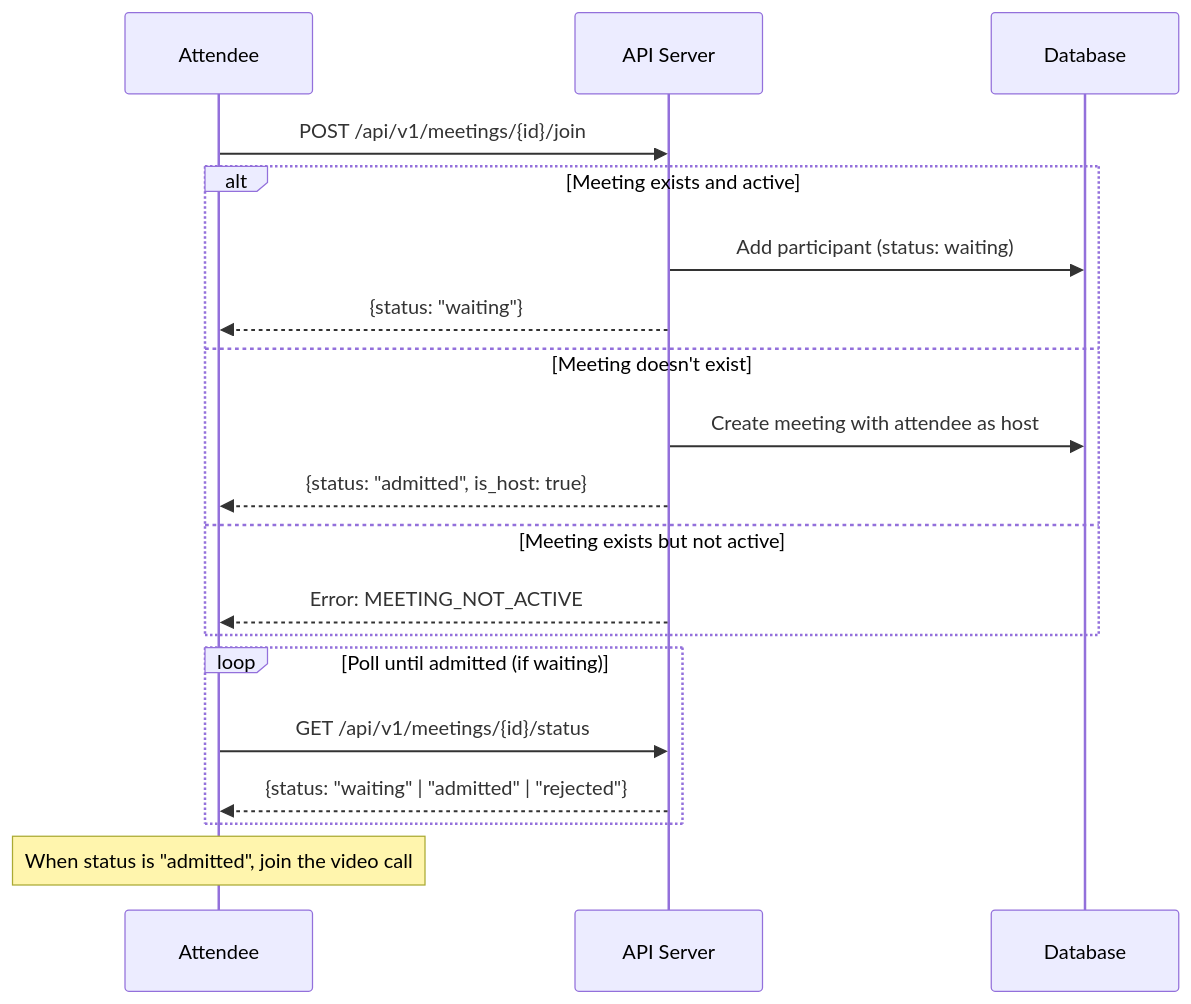
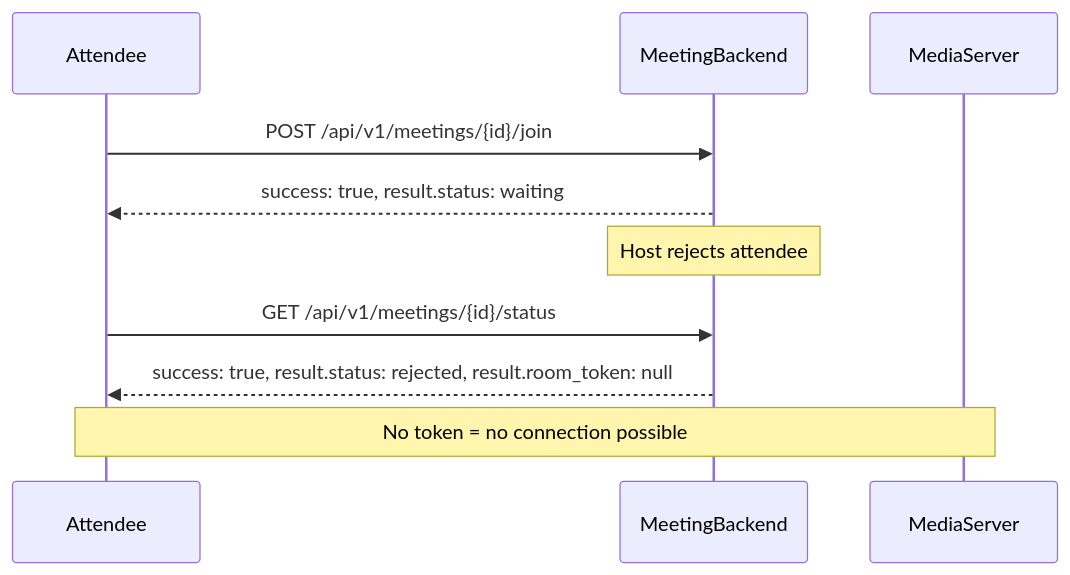
Before and after one commit to security-union/videocall-rs: the third of 3 diagrams in docs/MEETING_API.md, drawn with Mermaid. The commit also changed other lines of this file and 35 other files, not shown here.

````diff
--- a/docs/MEETING_API.md
+++ b/docs/MEETING_API.md
@@ -522,24 +777,16 @@
 ```mermaid
 sequenceDiagram
     participant A as Attendee
-    participant API as API Server
-    participant DB as Database
+    participant MB as MeetingBackend
+    participant MS as MediaServer
 
-    A->>API: POST /api/v1/meetings/{id}/join
-    alt Meeting exists and active
-        API->>DB: Add participant (status: waiting)
-        API-->>A: {status: "waiting"}
-    else Meeting doesn't exist
-        API->>DB: Create meeting with attendee as host
-        API-->>A: {status: "admitted", is_host: true}
-    else Meeting exists but not active
-        API-->>A: Error: MEETING_NOT_ACTIVE
-    end
+    A->>MB: POST /api/v1/meetings/{id}/join
+    MB-->>A: success: true, result.status: waiting
 
-    loop Poll until admitted (if waiting)
-        A->>API: GET /api/v1/meetings/{id}/status
-        API-->>A: {status: "waiting" | "admitted" | "rejected"}
-    end
+    Note over MB: Host rejects attendee
 
-    Note over A: When status is "admitted", join the video call
+    A->>MB: GET /api/v1/meetings/{id}/status
+    MB-->>A: success: true, result.status: rejected, result.room_token: null
+
+    Note over A,MS: No token = no connection possible
 ```
````
